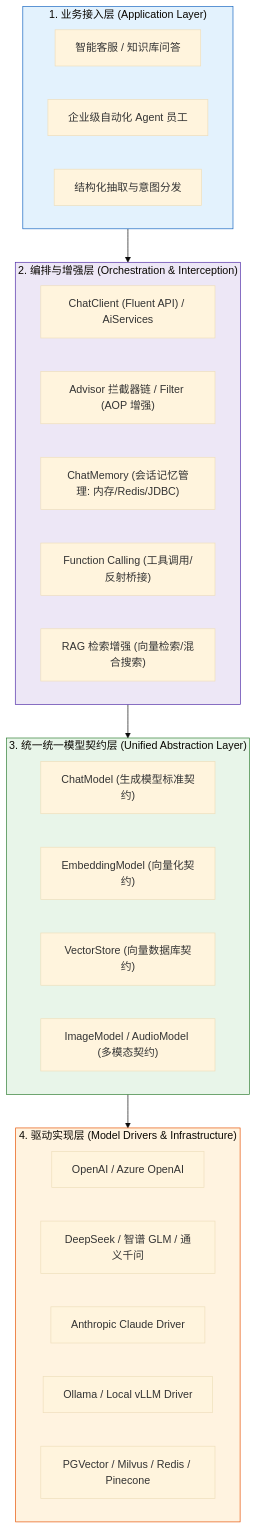
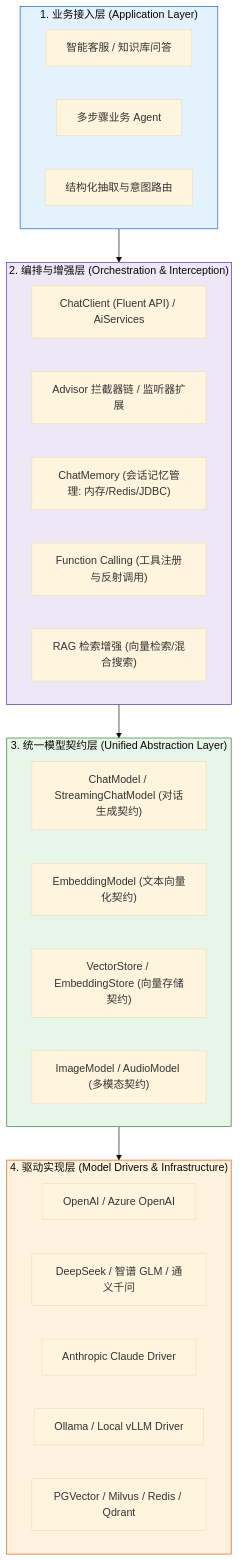
One commit to GuoWWWX/knowledge-base changed the second of 3 diagrams in 10-AI应用开发/02-框架-SpringAI与LangChain4j/00-Java-AI框架全景与心智模型.md. Above: the diagram before and after it, drawn with Mermaid (base theme). The commit also changed other lines of this file and 251 other files, not shown here.

````diff
--- a/10-AI应用开发/02-框架-SpringAI与LangChain4j/00-Java-AI框架全景与心智模型.md
+++ b/10-AI应用开发/02-框架-SpringAI与LangChain4j/00-Java-AI框架全景与心智模型.md
@@ -79,40 +61,40 @@
 ```mermaid
 flowchart TD
     subgraph AppLayer["1. 业务接入层 (Application Layer)"]
         Chat["智能客服 / 知识库问答"]
-        Agent["企业级自动化 Agent 员工"]
-        Extract["结构化抽取与意图分发"]
+        Agent["多步骤业务 Agent"]
+        Extract["结构化抽取与意图路由"]
     end
 
     subgraph Orchestration["2. 编排与增强层 (Orchestration & Interception)"]
         ChatClient["ChatClient (Fluent API) / AiServices"]
-        Advisor["Advisor 拦截器链 / Filter (AOP 增强)"]
+        Advisor["Advisor 拦截器链 / 监听器扩展"]
         Memory["ChatMemory (会话记忆管理: 内存/Redis/JDBC)"]
-        Tools["Function Calling (工具调用/反射桥接)"]
+        Tools["Function Calling (工具注册与反射调用)"]
         RAGRetriever["RAG 检索增强 (向量检索/混合搜索)"]
     end
 
-    subgraph AbstractLayer["3. 统一统一模型契约层 (Unified Abstraction Layer)"]
-        ChatModel["ChatModel (生成模型标准契约)"]
-        EmbedModel["EmbeddingModel (向量化契约)"]
-        VecStore["VectorStore (向量数据库契约)"]
+    subgraph AbstractLayer["3. 统一模型契约层 (Unified Abstraction Layer)"]
+        ChatModel["ChatModel / StreamingChatModel (对话生成契约)"]
+        EmbedModel["EmbeddingModel (文本向量化契约)"]
+        VecStore["VectorStore / EmbeddingStore (向量存储契约)"]
         ImageModel["ImageModel / AudioModel (多模态契约)"]
     end
 
     subgraph ProviderLayer["4. 驱动实现层 (Model Drivers & Infrastructure)"]
         OpenAIDriver["OpenAI / Azure OpenAI"]
         DeepSeekDriver["DeepSeek / 智谱 GLM / 通义千问"]
         ClaudeDriver["Anthropic Claude Driver"]
         OllamaDriver["Ollama / Local vLLM Driver"]
-        DBDriver["PGVector / Milvus / Redis / Pinecone"]
+        DBDriver["PGVector / Milvus / Redis / Qdrant"]
     end
 
     AppLayer --> Orchestration
     Orchestration --> AbstractLayer
     AbstractLayer --> ProviderLayer
 
     style AppLayer fill:#e3f2fd,stroke:#1565c0,stroke-width:1px
     style Orchestration fill:#ede7f6,stroke:#512da8,stroke-width:1px
     style AbstractLayer fill:#e8f5e9,stroke:#2e7d32,stroke-width:1px
     style ProviderLayer fill:#fff3e0,stroke:#e65100,stroke-width:1px
 ```
````
